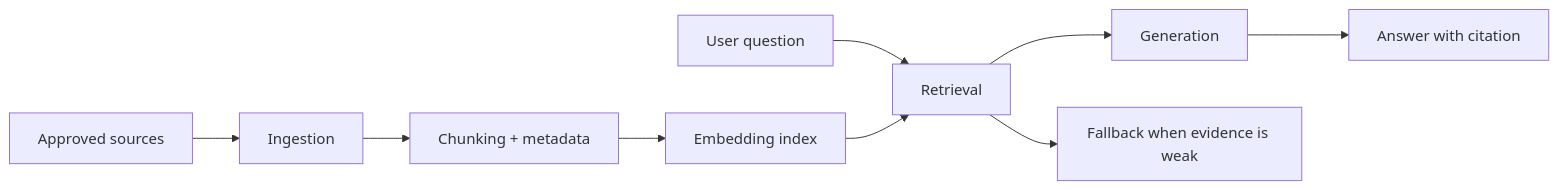
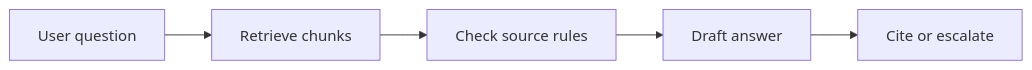
One commit to anhtnt90dev/ai-for-ba changed the first of 2 diagrams in docs/en/lessons/embeddings-rag-and-knowledge/index.md. Above: the diagram before and after it, drawn with Mermaid. The commit also changed other lines of this file and 40 other files, not shown here.

````diff
--- a/docs/en/lessons/embeddings-rag-and-knowledge/index.md
+++ b/docs/en/lessons/embeddings-rag-and-knowledge/index.md
@@ -68,11 +84,12 @@
 ```mermaid
 flowchart LR
-    A["Approved sources"] --> B["Ingestion"]
-    B --> C["Chunking + metadata"]
-    C --> D["Embedding index"]
-    Q["User question"] --> R["Retrieval"]
-    D --> R
-    R --> G["Generation"]
-    G --> H["Answer with citation"]
-    R --> F["Fallback when evidence is weak"]
+    A["User question"]
+    B["Retrieve chunks"]
+    A --> B
+    C["Check source rules"]
+    B --> C
+    D["Draft answer"]
+    C --> D
+    E["Cite or escalate"]
+    D --> E
 ```
````
